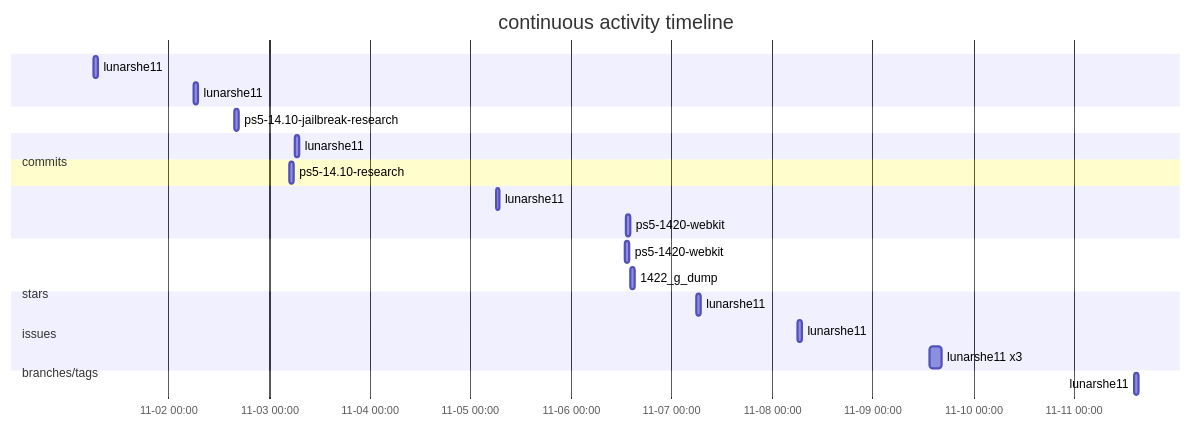
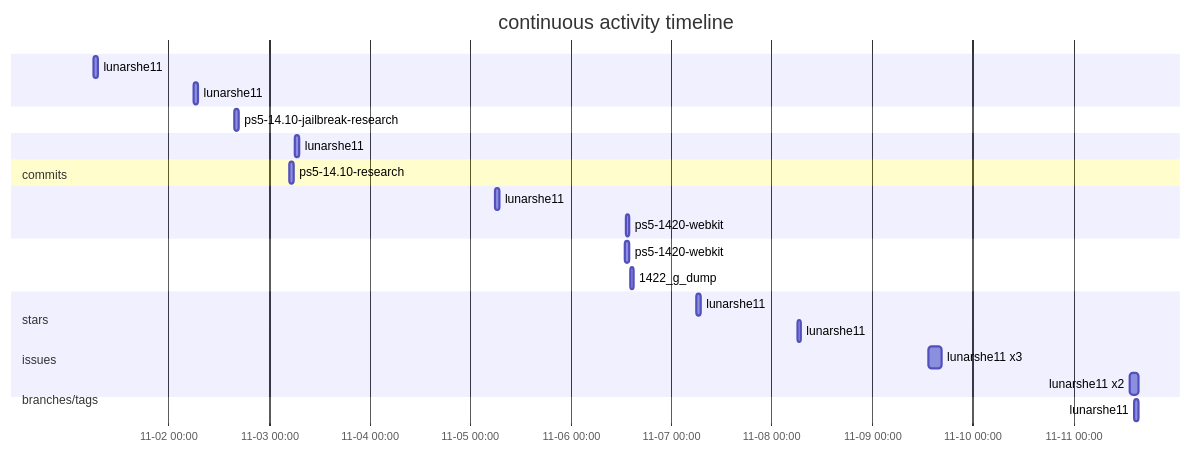
The first of 3 diagrams in README.md (lunarshe11/lunarshe11), drawn with Mermaid before and after one commit. The commit also changed other lines of this file, not shown here.

````diff
--- a/README.md
+++ b/README.md
@@ -13,27 +13,28 @@
 ```mermaid
 gantt
     title continuous activity timeline
     dateFormat  YYYY-MM-DD HH:mm
     axisFormat  %m-%d %H:%M
     section commits
         lunarshe11 :2026-11-01 06:05, 1h
         lunarshe11 :2026-11-02 06:05, 1h
     section stars
         ps5-14.10-jailbreak-research :2026-11-02 15:49, 1h
     section commits
         lunarshe11 :2026-11-03 06:05, 1h
     section issues
         ps5-14.10-research :2026-11-03 04:55, 1h
     section commits
         lunarshe11 :2026-11-05 06:05, 1h
         ps5-1420-webkit :2026-11-06 13:07, 1h
     section branches/tags
         ps5-1420-webkit :2026-11-06 12:59, 1h
         1422_g_dump :2026-11-06 14:11, 1h
     section commits
         lunarshe11 :2026-11-07 06:05, 1h
         lunarshe11 :2026-11-08 06:05, 1h
         lunarshe11 x3 :2026-11-09 13:33, 3h
+        lunarshe11 x2 :2026-11-11 13:37, 2h
     section stars
         lunarshe11 :2026-11-11 14:30, 1h
 ```
````
